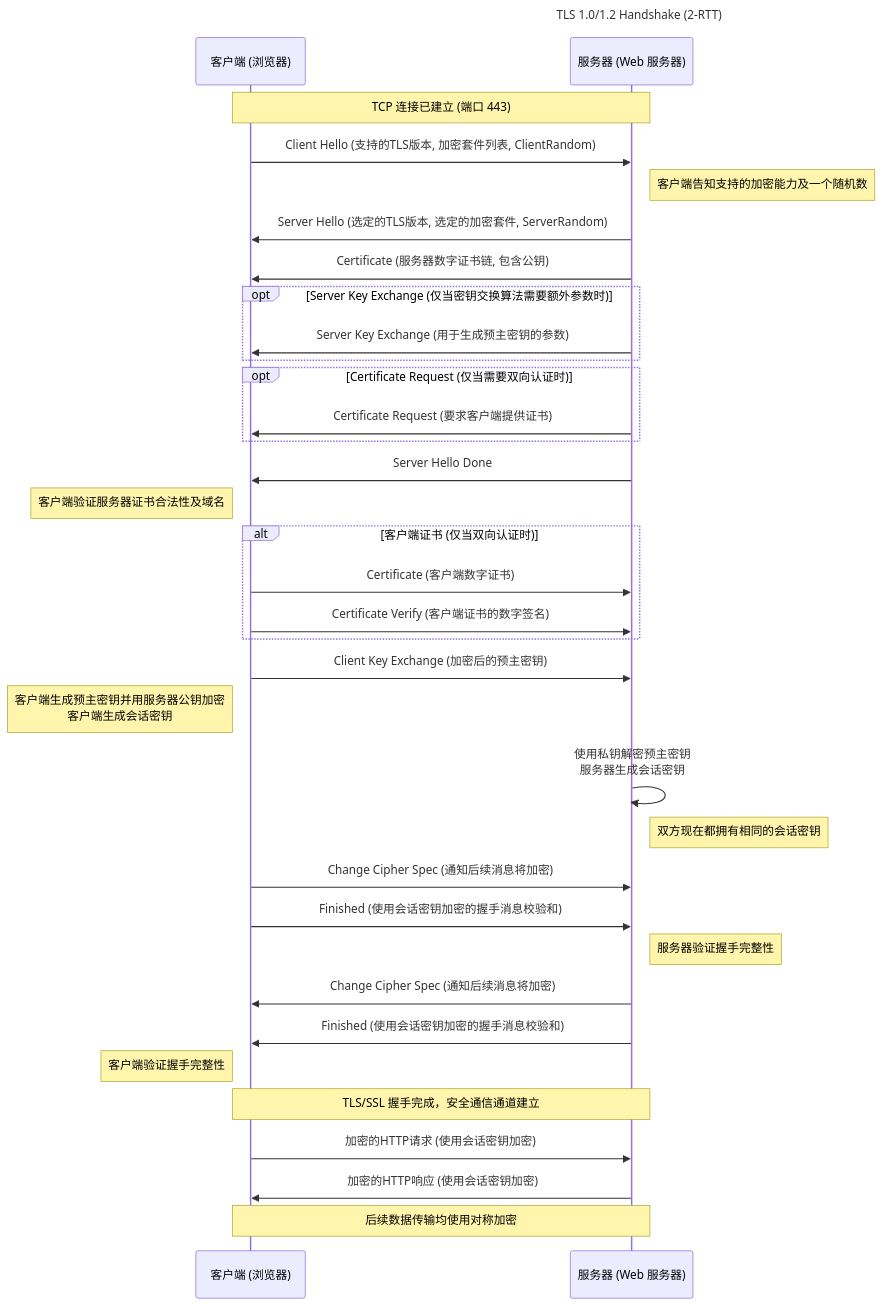
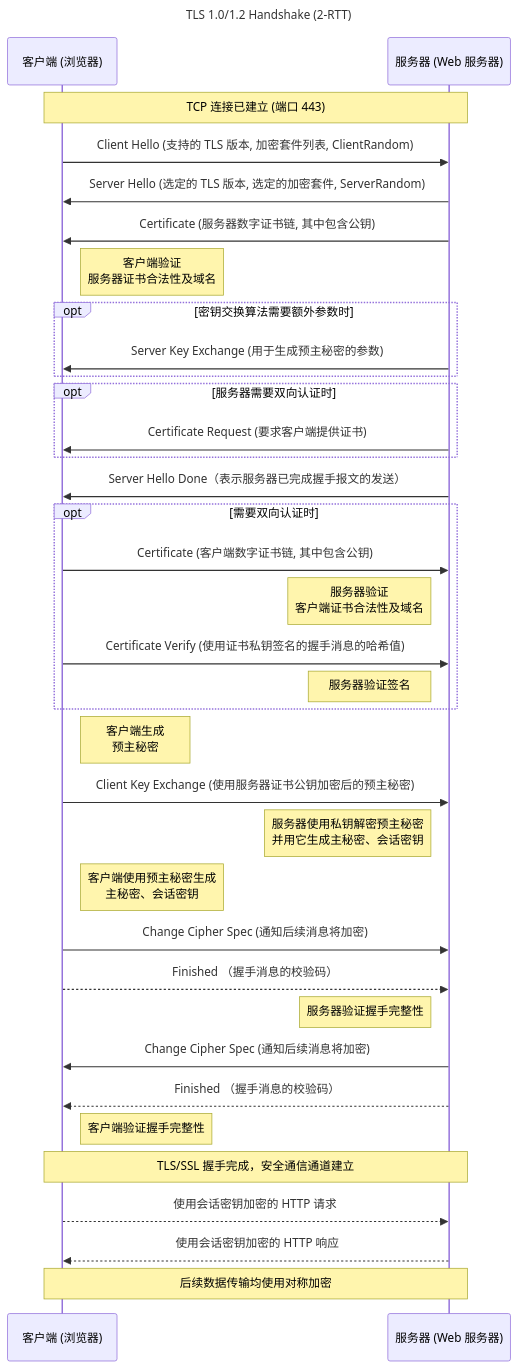
Before and after one commit to ReAllTh/memo: the first of 2 diagrams in _posts/2024-01-07-CNSUM.md, drawn with Mermaid. The commit also changed other lines of this file, not shown here.

Commit message:
update: add tls 1.3 connection establishment mermaid

````diff
--- a/_posts/2024-01-07-CNSUM.md
+++ b/_posts/2024-01-07-CNSUM.md
@@ -156,48 +163,40 @@
 ```mermaid
 sequenceDiagram
     participant C as 客户端 (浏览器)
     participant S as 服务器 (Web 服务器)
-
+    
     title TLS 1.0/1.2 Handshake (2-RTT)
     
     Note over C,S: TCP 连接已建立 (端口 443)
-
-    C->>S: Client Hello (支持的TLS版本, 加密套件列表, ClientRandom)
-    Note right of S: 客户端告知支持的加密能力及一个随机数
-
-    S->>C: Server Hello (选定的TLS版本, 选定的加密套件, ServerRandom)
-    S->>C: Certificate (服务器数字证书链, 包含公钥)
-    opt Server Key Exchange (仅当密钥交换算法需要额外参数时)
-        S->>C: Server Key Exchange (用于生成预主密钥的参数)
+    C->>S: Client Hello (支持的 TLS 版本, 加密套件列表, ClientRandom)
+    S->>C: Server Hello (选定的 TLS 版本, 选定的加密套件, ServerRandom)
+    S->>C: Certificate (服务器数字证书链, 其中包含公钥)
+    Note right of C: 客户端验证<br/>服务器证书合法性及域名
+    opt 密钥交换算法需要额外参数时
+        S->>C: Server Key Exchange (用于生成预主秘密的参数)
     end
-    opt Certificate Request (仅当需要双向认证时)
+    opt 服务器需要双向认证时
         S->>C: Certificate Request (要求客户端提供证书)
     end
-    S->>C: Server Hello Done
-    Note left of C: 客户端验证服务器证书合法性及域名
-
-    alt 客户端证书 (仅当双向认证时)
-        C->>S: Certificate (客户端数字证书)
-        C->>S: Certificate Verify (客户端证书的数字签名)
+    S->>C: Server Hello Done（表示服务器已完成握手报文的发送）
+    opt 需要双向认证时
+        C->>S: Certificate (客户端数字证书链, 其中包含公钥)
+        Note left of S: 服务器验证<br/>客户端证书合法性及域名
+        C->>S: Certificate Verify (使用证书私钥签名的握手消息的哈希值)
+        Note left of S: 服务器验证签名
     end
-
-    C->>S: Client Key Exchange (加密后的预主密钥)
-    Note left of C: 客户端生成预主密钥并用服务器公钥加密<br/>客户端生成会话密钥
-
-    S->>S: 使用私钥解密预主密钥<br/>服务器生成会话密钥
-    Note right of S: 双方现在都拥有相同的会话密钥
-
-    C->>S: Change Cipher Spec (通知后续消息将加密)
-    C->>S: Finished (使用会话密钥加密的握手消息校验和)
-    Note right of S: 服务器验证握手完整性
-
+    Note right of C: 客户端生成<br/>预主秘密
+    C->>S: Client Key Exchange (使用服务器证书公钥加密后的预主秘密)
+    Note left of S: 服务器使用私钥解密预主秘密<br/>并用它生成主秘密、会话密钥
+    Note right of C: 客户端使用预主秘密生成<br/>主秘密、会话密钥
+    C->>S: Change Cipher Spec (通知后续消息将加密) 
+    C-->>S: Finished （握手消息的校验码）
+    Note left of S: 服务器验证握手完整性
     S->>C: Change Cipher Spec (通知后续消息将加密)
-    S->>C: Finished (使用会话密钥加密的握手消息校验和)
-    Note left of C: 客户端验证握手完整性
-
+    S-->>C: Finished （握手消息的校验码）
+    Note right of C: 客户端验证握手完整性
     Note over C,S: TLS/SSL 握手完成，安全通信通道建立
-
-    C->>S: 加密的HTTP请求 (使用会话密钥加密)
-    S->>C: 加密的HTTP响应 (使用会话密钥加密)
+    C-->>S: 使用会话密钥加密的 HTTP 请求
+    S-->>C: 使用会话密钥加密的 HTTP 响应
     Note over C,S: 后续数据传输均使用对称加密
 ```
````
